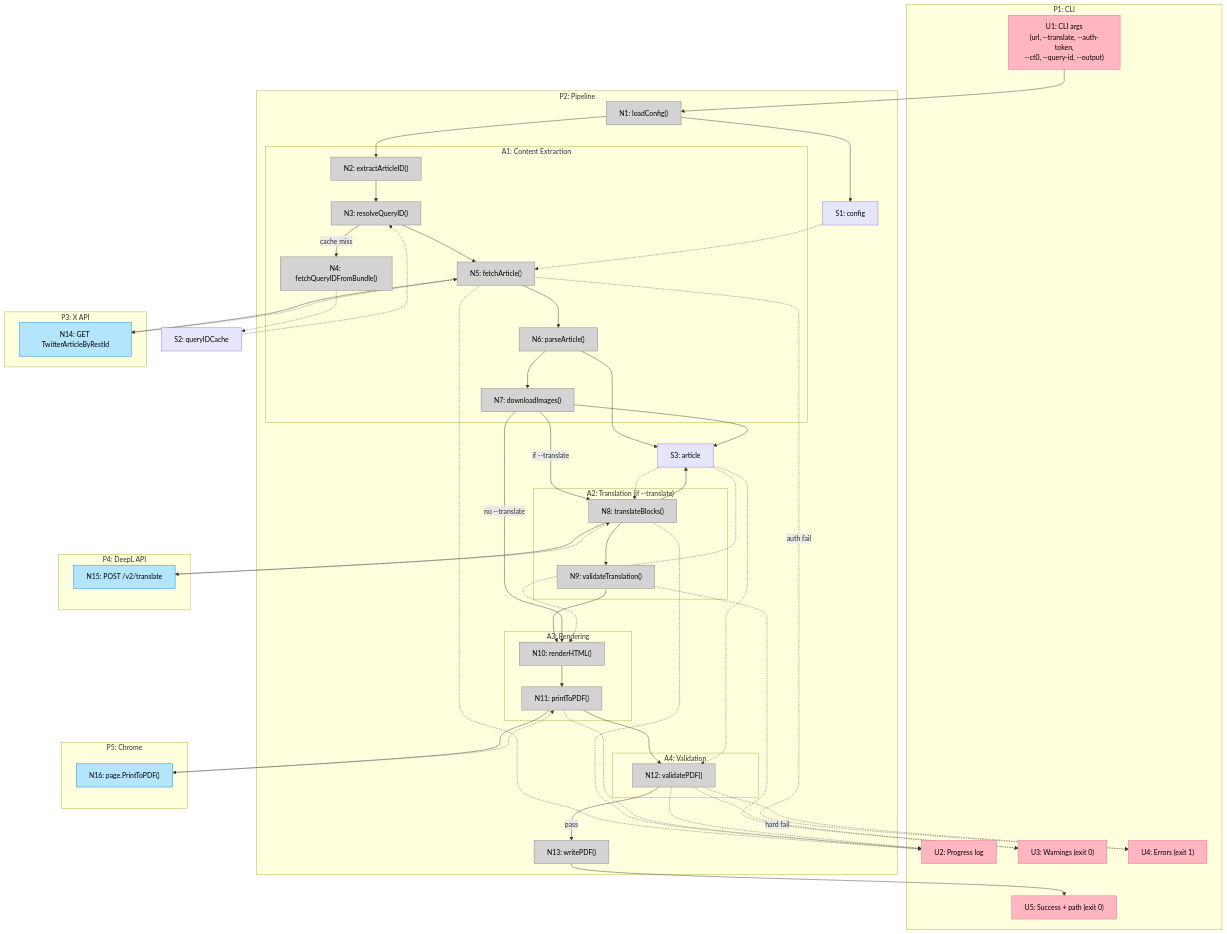
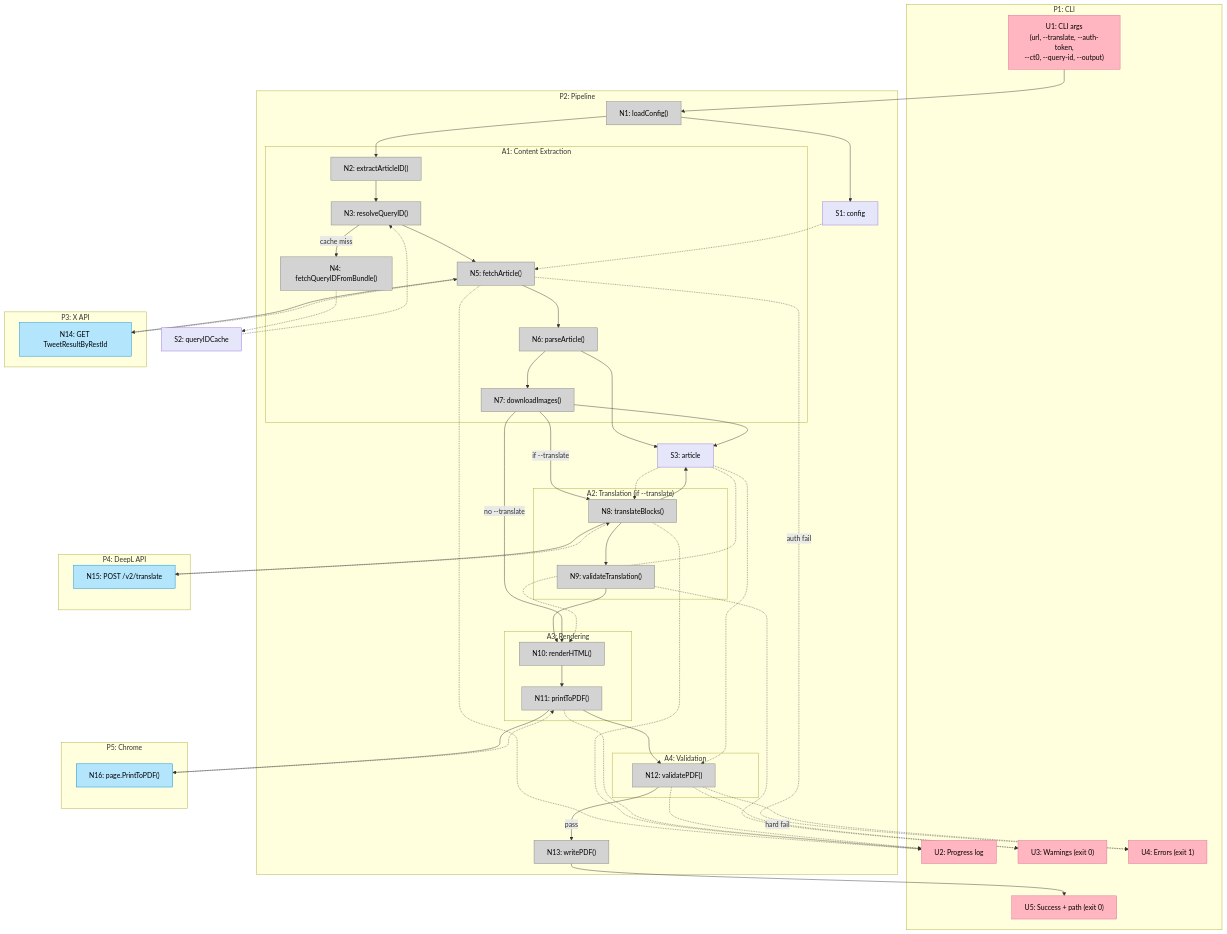
The diagram in shaping/breadboard.md (charlessuo/x-article-exporter), drawn with Mermaid before and after one commit. The commit also changed other lines of this file, not shown here.

```diff
--- a/shaping/breadboard.md
+++ b/shaping/breadboard.md
@@ -111,7 +111,7 @@
     S2["S2: queryIDCache"]
 
     subgraph P3["P3: X API"]
-        N14["N14: GET TwitterArticleByRestId"]
+        N14["N14: GET TweetResultByRestId"]
     end
 
     subgraph P4["P4: DeepL API"]
```
